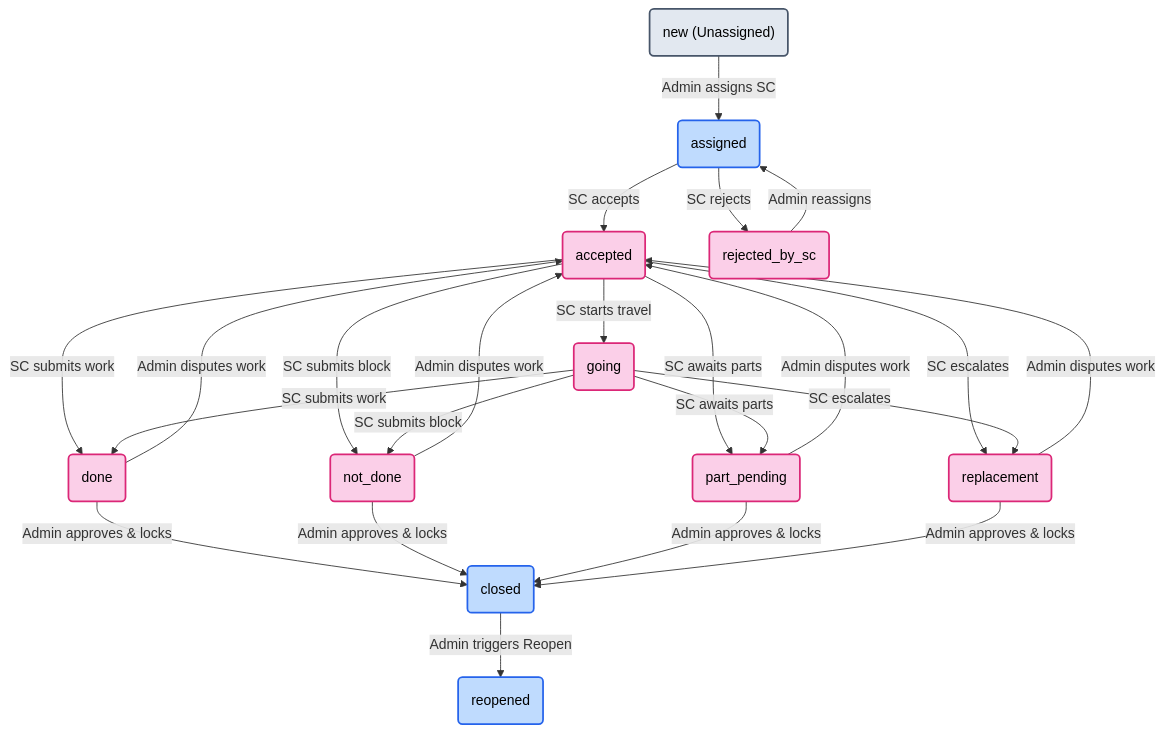
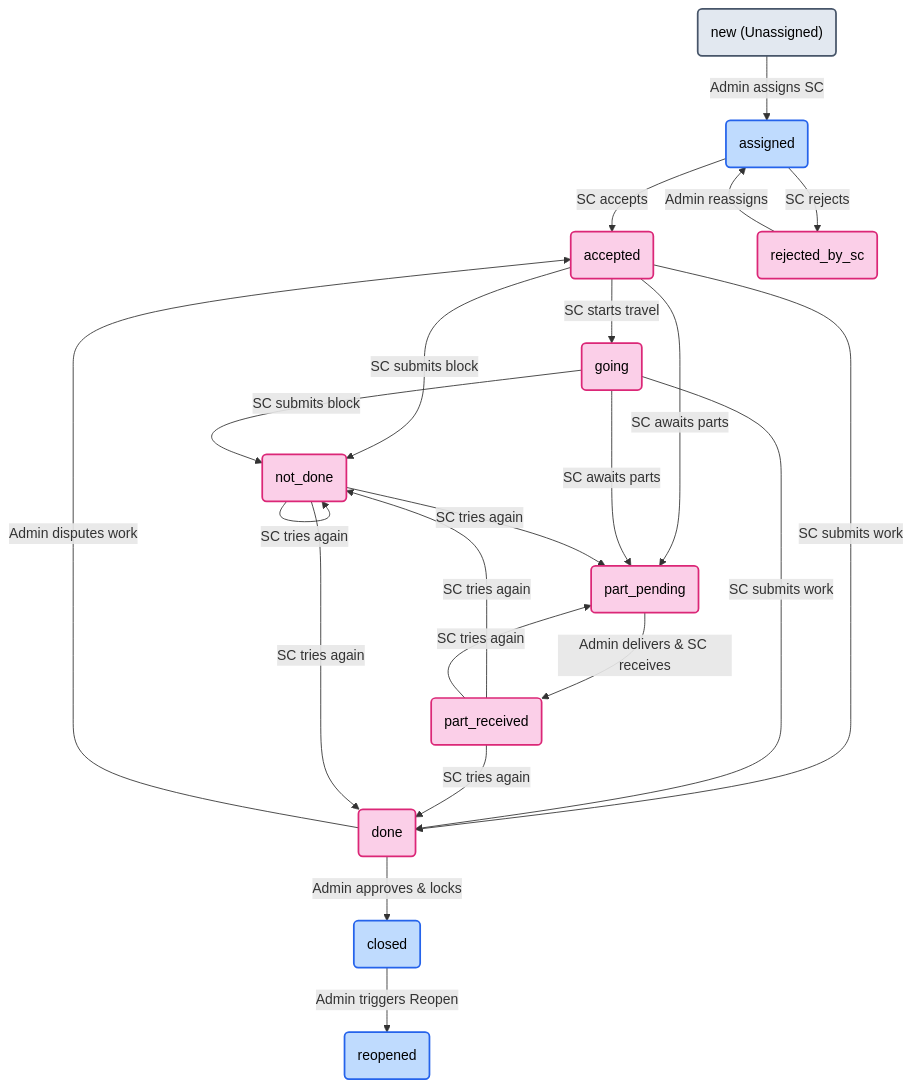
The diagram in files/GRD_Deviation_Log.md (Microvison-india/MV_Service), drawn with Mermaid before and after one commit. The commit also changed other lines of this file and 3 other files, not shown here.

Commit message:
new flow mapping docs maintained

````diff
--- a/files/GRD_Deviation_Log.md
+++ b/files/GRD_Deviation_Log.md
@@ -145,20 +145,23 @@
 ```mermaid
 graph TD
     classDef admin fill:#bfdbfe,stroke:#2563eb,stroke-width:2px,color:#000000;
     classDef sc fill:#fbcfe8,stroke:#db2777,stroke-width:2px,color:#000000;
     classDef system fill:#e2e8f0,stroke:#475569,stroke-width:2px,color:#000000;
 
     New("new (Unassigned)"):::system -->|Admin assigns SC| Assigned(assigned):::admin
     Assigned -->|SC accepts| Accepted(accepted):::sc
     Assigned -->|SC rejects| Rejected(rejected_by_sc):::sc
     Rejected -->|Admin reassigns| Assigned
     Accepted -->|SC starts travel| Going(going):::sc
     Accepted & Going -->|SC submits work| Done(done):::sc
     Accepted & Going -->|SC submits block| NotDone(not_done):::sc
     Accepted & Going -->|SC awaits parts| PartPending(part_pending):::sc
-    Accepted & Going -->|SC escalates| Replacement(replacement):::sc
     
-    Done & NotDone & PartPending & Replacement -->|Admin disputes work| Accepted
-    Done & NotDone & PartPending & Replacement -->|Admin approves & locks| Closed(closed):::admin
+    PartPending -->|Admin delivers & SC receives| PartReceived(part_received):::sc
+    PartReceived -->|SC tries again| Done & NotDone & PartPending
+    NotDone -->|SC tries again| Done & NotDone & PartPending
+    
+    Done -->|Admin disputes work| Accepted
+    Done -->|Admin approves & locks| Closed(closed):::admin
     Closed -->|Admin triggers Reopen| Reopened(reopened):::admin
 ```
````
